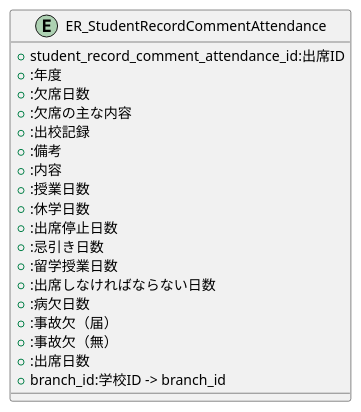
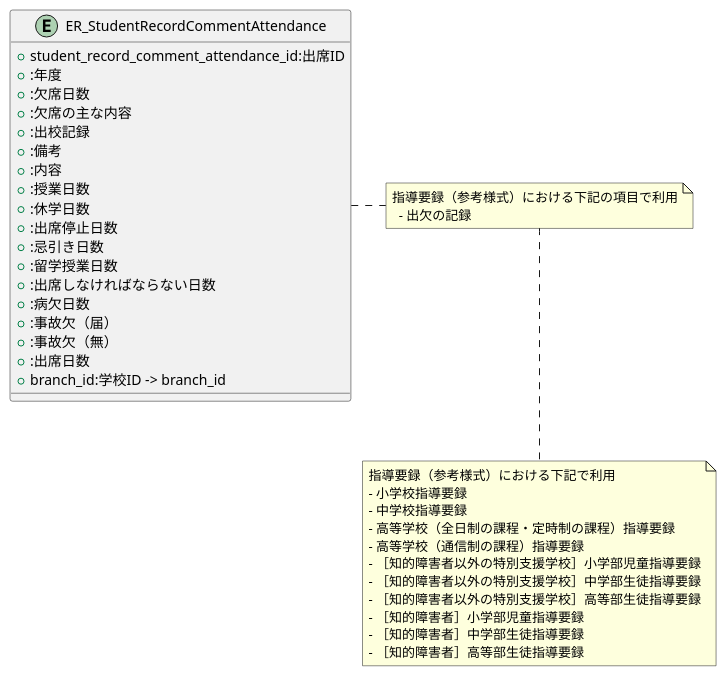
One commit to popoposorara/ERP_ER changed the diagram in Entity/ER_StudentRecordCommentAttendance.pu. Above: the diagram before and after it, drawn with PlantUML. The commit also changed 9 other files, not shown here.

```diff
--- a/Entity/ER_StudentRecordCommentAttendance.pu
+++ b/Entity/ER_StudentRecordCommentAttendance.pu
@@ -1,24 +1,44 @@
 @startuml
 
 entity "ER_StudentRecordCommentAttendance"{
     + student_record_comment_attendance_id:出席ID
     + :年度
     + :欠席日数
     + :欠席の主な内容
     + :出校記録
     + :備考
     + :内容
     + :授業日数
     + :休学日数
     + :出席停止日数
     + :忌引き日数
     + :留学授業日数
     + :出席しなければならない日数
     + :病欠日数
     + :事故欠（届）  
     + :事故欠（無）
     + :出席日数
     + branch_id:学校ID -> branch_id
 }
+note right
+指導要録（参考様式）における下記の項目で利用
+  - 出欠の記録
+end note
+
+note bottom
+指導要録（参考様式）における下記で利用
+- 小学校指導要録
+- 中学校指導要録
+- 高等学校（全日制の課程・定時制の課程）指導要録
+- 高等学校（通信制の課程）指導要録
+- ［知的障害者以外の特別支援学校］小学部児童指導要録
+- ［知的障害者以外の特別支援学校］中学部生徒指導要録
+- ［知的障害者以外の特別支援学校］高等部生徒指導要録
+- ［知的障害者］小学部児童指導要録
+- ［知的障害者］中学部生徒指導要録
+- ［知的障害者］高等部生徒指導要録
+end note
+
+
 
 @enduml
```
